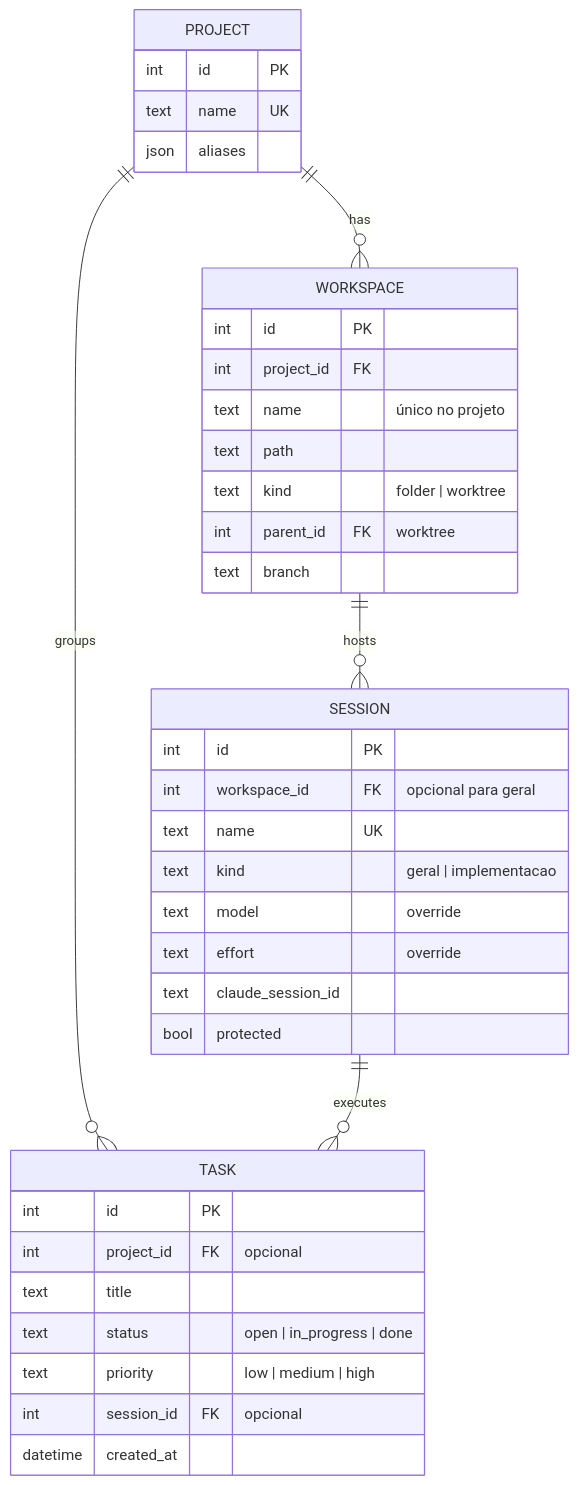
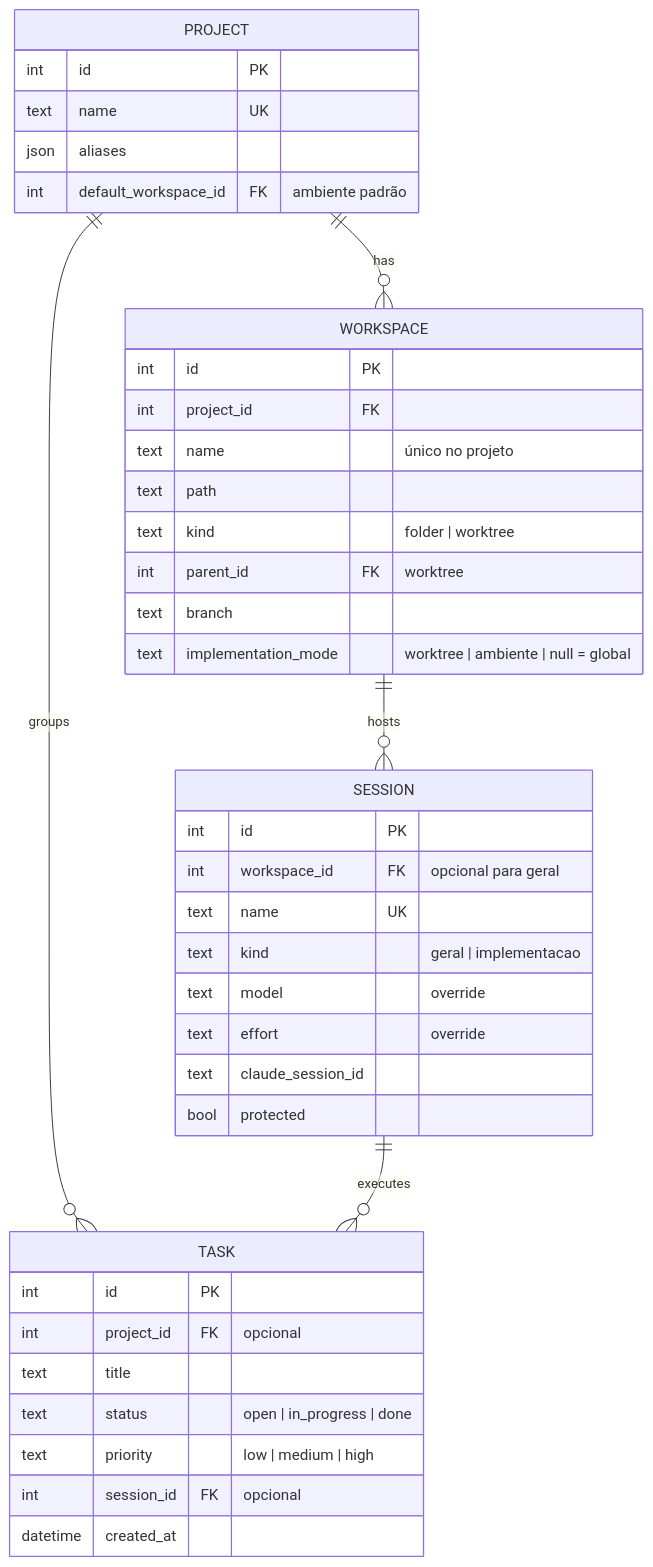
Before and after one commit to NavesDev/AlfredAgent: the fourth of 5 diagrams in docs/ARCHITECTURE.md, drawn with Mermaid. The commit also changed other lines of this file and 2 other files, not shown here.

````diff
--- a/docs/ARCHITECTURE.md
+++ b/docs/ARCHITECTURE.md
@@ -189,41 +190,43 @@
 ```mermaid
 erDiagram
     PROJECT ||--o{ WORKSPACE : has
     WORKSPACE ||--o{ SESSION : hosts
     PROJECT ||--o{ TASK : groups
     SESSION ||--o{ TASK : executes
 
     PROJECT {
         int id PK
         text name UK
         json aliases
+        int default_workspace_id FK "ambiente padrão"
     }
     WORKSPACE {
         int id PK
         int project_id FK
         text name "único no projeto"
         text path
         text kind "folder | worktree"
         int parent_id FK "worktree"
         text branch
+        text implementation_mode "worktree | ambiente | null = global"
     }
     SESSION {
         int id PK
         int workspace_id FK "opcional para geral"
         text name UK
         text kind "geral | implementacao"
         text model "override"
         text effort "override"
         text claude_session_id
         bool protected
     }
     TASK {
         int id PK
         int project_id FK "opcional"
         text title
         text status "open | in_progress | done"
         text priority "low | medium | high"
         int session_id FK "opcional"
         datetime created_at
     }
 ```
````
